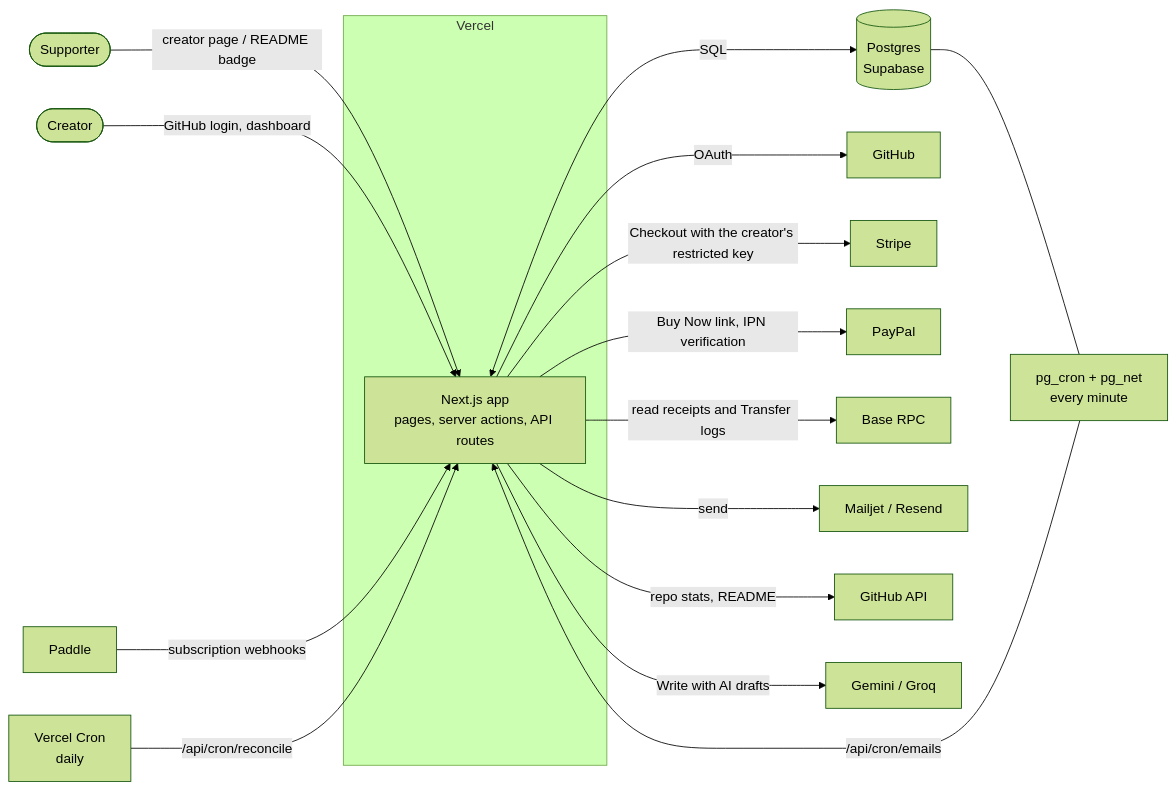
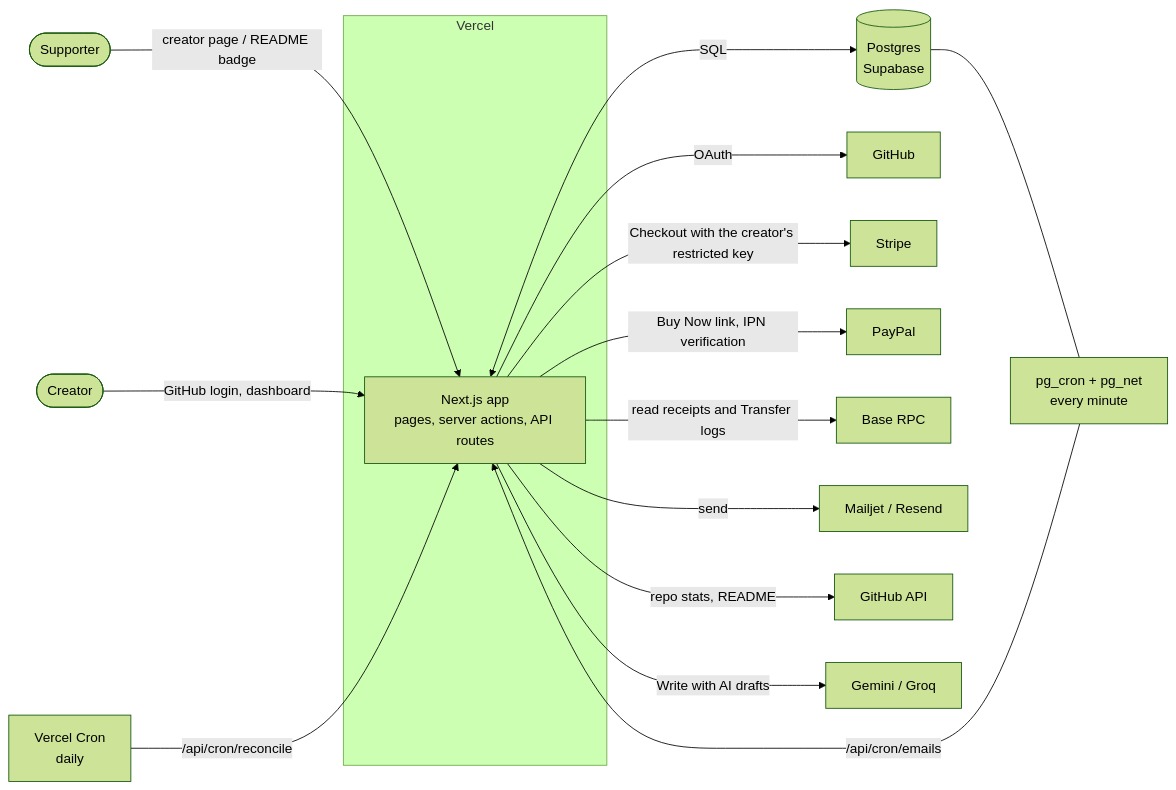
One commit to Renanuya/buymeatokens-oss changed the diagram in docs/architecture.md. Above: the diagram before and after it, drawn with Mermaid (forest theme). The commit also changed other lines of this file and 37 other files, not shown here.

````diff
--- a/docs/architecture.md
+++ b/docs/architecture.md
@@ -6,23 +6,22 @@
 ```mermaid
 flowchart LR
   supporter([Supporter]) -->|creator page / README badge| app
   creator([Creator]) -->|GitHub login, dashboard| app
 
   subgraph vercel[Vercel]
     app[Next.js app<br/>pages, server actions, API routes]
   end
 
   app <-->|SQL| db[(Postgres<br/>Supabase)]
   app -->|OAuth| github[GitHub]
   app -->|Checkout with the creator's restricted key| stripe[Stripe]
   app -->|Buy Now link, IPN verification| paypal[PayPal]
   app -->|read receipts and Transfer logs| base[Base RPC]
-  paddle[Paddle] -->|subscription webhooks| app
   app -->|send| mail[Mailjet / Resend]
   app -->|repo stats, README| ghapi[GitHub API]
   app -->|"Write with AI" drafts| ai[Gemini / Groq]
 
   vcron[Vercel Cron<br/>daily] -->|/api/cron/reconcile| app
   pgcron[pg_cron + pg_net<br/>every minute] -->|/api/cron/emails| app
   db --- pgcron
 ```
````
